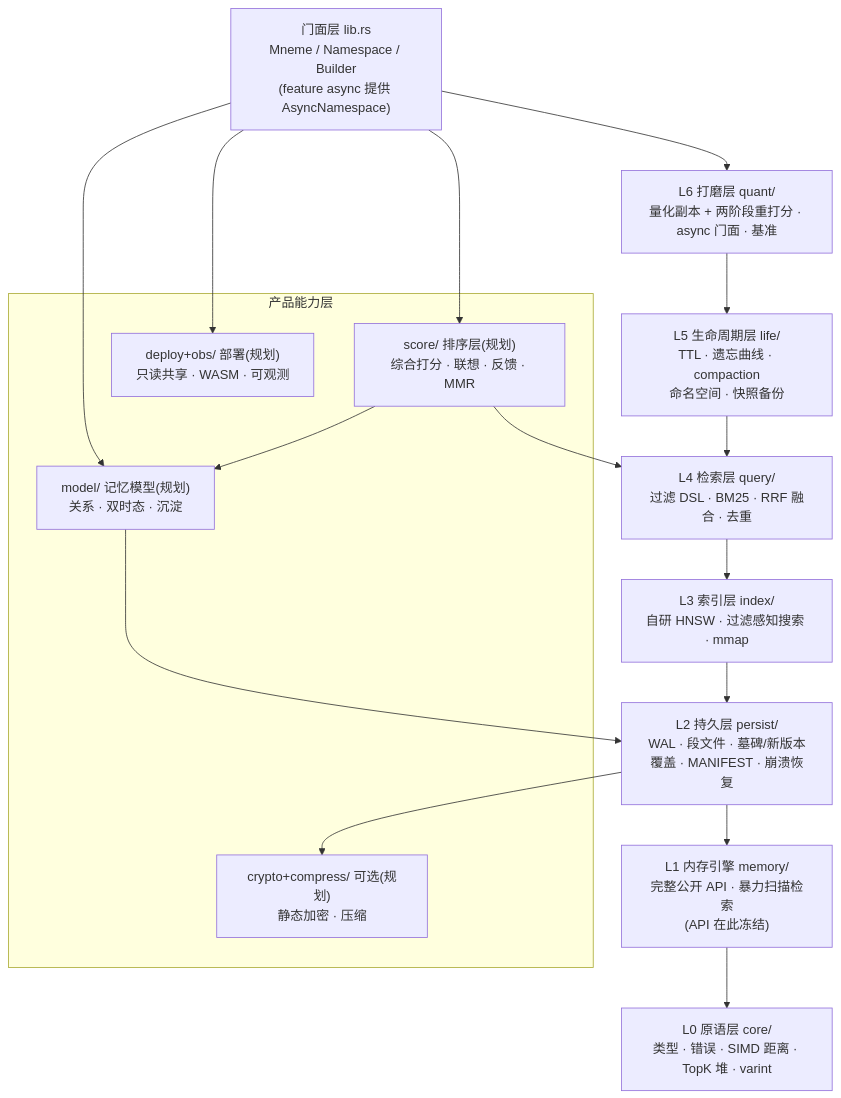
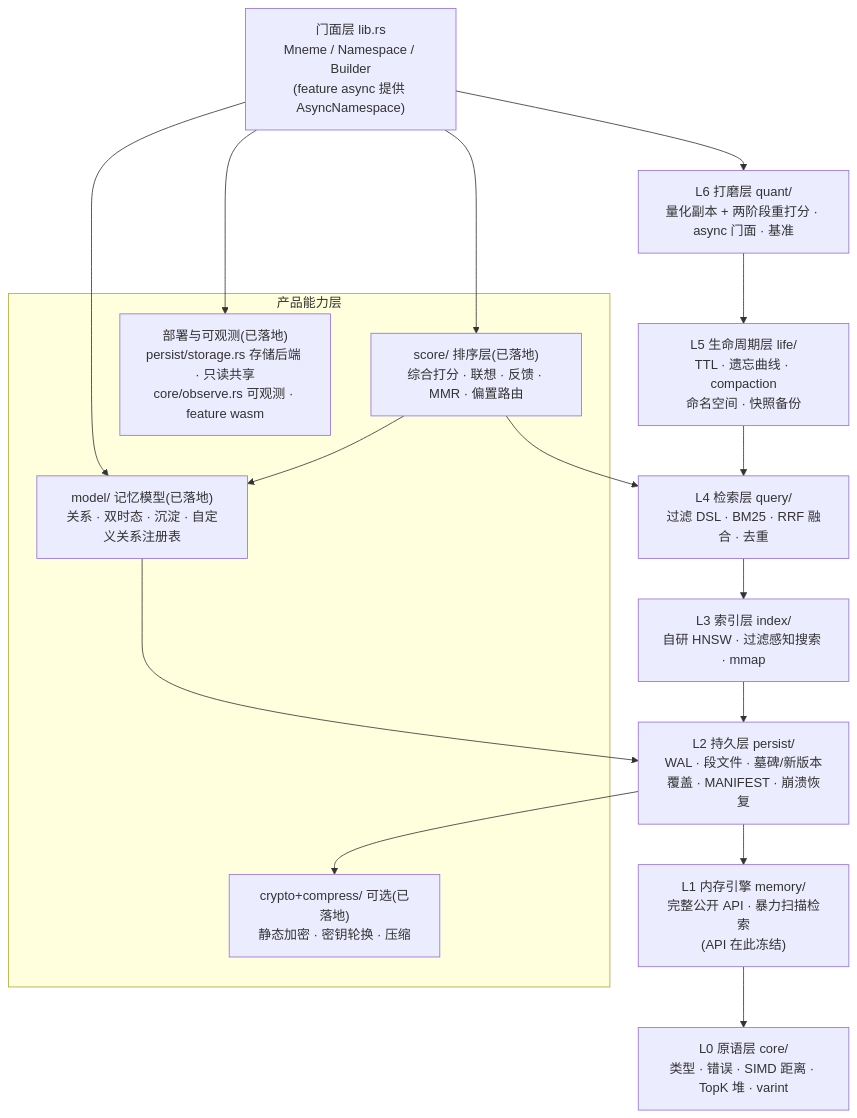
The diagram in docs/DESIGN.md (oxroot-crypto/mneme), drawn with Mermaid before and after one commit. The commit also changed 140 other files, not shown here.

````diff
--- a/docs/DESIGN.md
+++ b/docs/DESIGN.md
@@ -24,27 +24,27 @@
 ```mermaid
 flowchart TD
     F["门面层 lib.rs<br/>Mneme / Namespace / Builder<br/>(feature async 提供 AsyncNamespace)"]
     Q["L6 打磨层 quant/<br/>量化副本 + 两阶段重打分 · async 门面 · 基准"]
     L["L5 生命周期层 life/<br/>TTL · 遗忘曲线 · compaction<br/>命名空间 · 快照备份"]
     QL["L4 检索层 query/<br/>过滤 DSL · BM25 · RRF 融合 · 去重"]
     H["L3 索引层 index/<br/>自研 HNSW · 过滤感知搜索 · mmap"]
     P["L2 持久层 persist/<br/>WAL · 段文件 · 墓碑/新版本覆盖 · MANIFEST · 崩溃恢复"]
     M["L1 内存引擎 memory/<br/>完整公开 API · 暴力扫描检索<br/>(API 在此冻结)"]
     C["L0 原语层 core/<br/>类型 · 错误 · SIMD 距离 · TopK 堆 · varint"]
 
     subgraph 产品能力层
-        MD["model/ 记忆模型(规划)<br/>关系 · 双时态 · 沉淀"]
-        SC["score/ 排序层(规划)<br/>综合打分 · 联想 · 反馈 · MMR"]
-        SEC["crypto+compress/ 可选(规划)<br/>静态加密 · 压缩"]
-        DEP["deploy+obs/ 部署(规划)<br/>只读共享 · WASM · 可观测"]
+        MD["model/ 记忆模型(已落地)<br/>关系 · 双时态 · 沉淀 · 自定义关系注册表"]
+        SC["score/ 排序层(已落地)<br/>综合打分 · 联想 · 反馈 · MMR · 偏置路由"]
+        SEC["crypto+compress/ 可选(已落地)<br/>静态加密 · 密钥轮换 · 压缩"]
+        DEP["部署与可观测(已落地)<br/>persist/storage.rs 存储后端 · 只读共享<br/>core/observe.rs 可观测 · feature wasm"]
     end
 
     F --> Q --> L --> QL --> H --> P --> M --> C
     F --> MD
     F --> SC
     MD --> P
     SC --> QL
     SC --> MD
     P --> SEC
     F --> DEP
 ```
````
